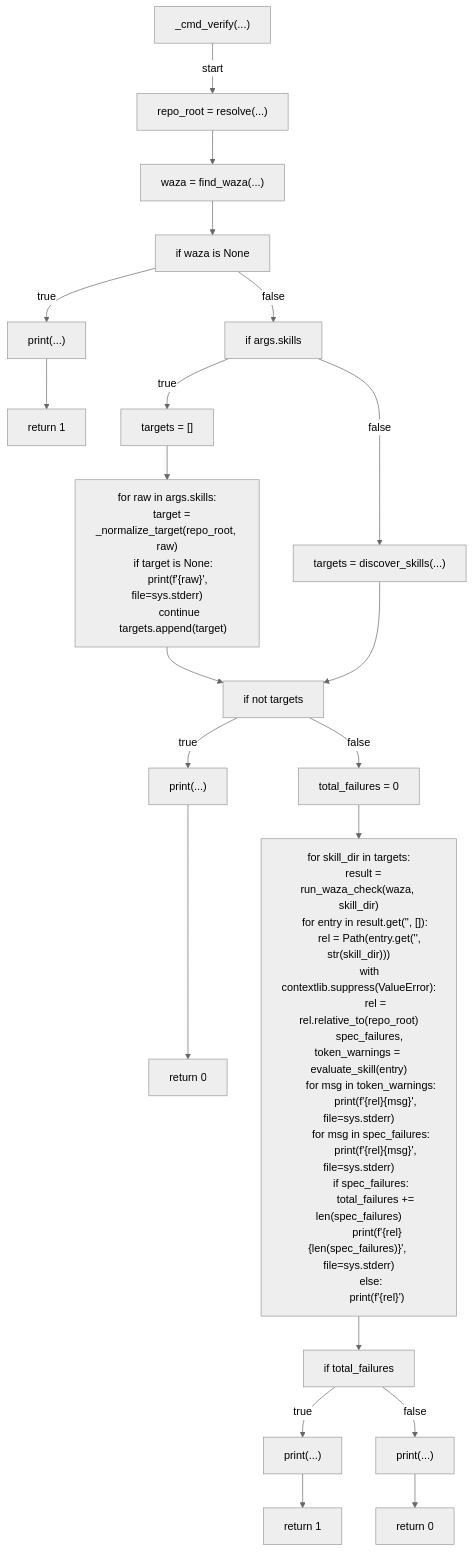
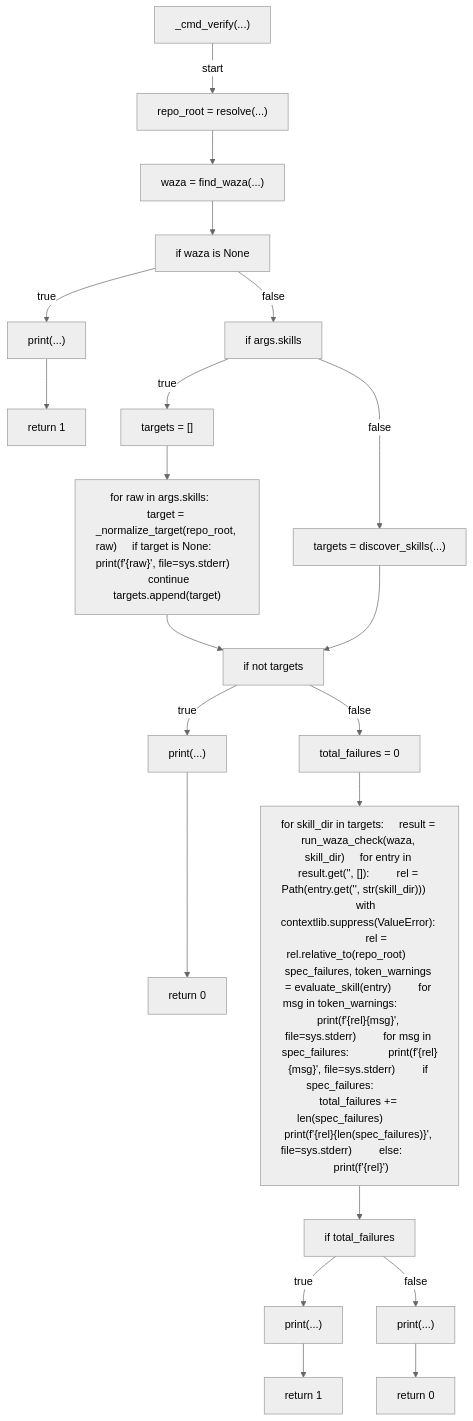
The sixth of 7 diagrams in docs/generated/scripts/ast/skill_quality_gate.md (tvna/claude-md), drawn with Mermaid (neutral theme) before and after one commit. The commit also changed other lines of this file and 23 other files, not shown here.

First line of the commit message:
docs(generated): regenerate decision tree and workflow diagrams (batch 4/5)

````diff
--- a/docs/generated/scripts/ast/skill_quality_gate.md
+++ b/docs/generated/scripts/ast/skill_quality_gate.md
@@ -108,63 +103,43 @@
 ```mermaid
 flowchart TD
     N001["_cmd_verify(...)"]
     N002["repo_root = resolve(...)"]
     N003["waza = find_waza(...)"]
     N004["if waza is None"]
     N005["print(...)"]
     N006["return 1"]
     N007["if args.skills"]
     N008["targets = []"]
-    N009["for raw in args.skills:
-    target = _normalize_target(repo_root, raw)
-    if target is None:
-        print(f'<str>{raw}<str>', file=sys.stderr)
-        continue
-    targets.append(target)"]
+    N009["for raw in args.skills:     target = _normalize_target(repo_root, raw)     if target is None:         print(f'<str>{raw}<str>', file=sys.stderr)         continue     targets.append(target)"]
     N010["targets = discover_skills(...)"]
     N011["if not targets"]
     N012["print(...)"]
     N013["return 0"]
     N014["total_failures = 0"]
-    N015["for skill_dir in targets:
-    result = run_waza_check(waza, skill_dir)
-    for entry in result.get('<str>', []):
-        rel = Path(entry.get('<str>', str(skill_dir)))
-        with contextlib.suppress(ValueError):
-            rel = rel.relative_to(repo_root)
-        spec_failures, token_warnings = evaluate_skill(entry)
-        for msg in token_warnings:
-            print(f'<str>{rel}<str>{msg}<str>', file=sys.stderr)
-        for msg in spec_failures:
-            print(f'<str>{rel}<str>{msg}', file=sys.stderr)
-        if spec_failures:
-            total_failures += len(spec_failures)
-            print(f'<str>{rel}<str>{len(spec_failures)}<str>', file=sys.stderr)
-        else:
-            print(f'<str>{rel}')"]
+    N015["for skill_dir in targets:     result = run_waza_check(waza, skill_dir)     for entry in result.get('<str>', []):         rel = Path(entry.get('<str>', str(skill_dir)))         with contextlib.suppress(ValueError):             rel = rel.relative_to(repo_root)         spec_failures, token_warnings = evaluate_skill(entry)         for msg in token_warnings:             print(f'<str>{rel}<str>{msg}<str>', file=sys.stderr)         for msg in spec_failures:             print(f'<str>{rel}<str>{msg}', file=sys.stderr)         if spec_failures:             total_failures += len(spec_failures)             print(f'<str>{rel}<str>{len(spec_failures)}<str>', file=sys.stderr)         else:             print(f'<str>{rel}')"]
     N016["if total_failures"]
     N017["print(...)"]
     N018["return 1"]
     N019["print(...)"]
     N020["return 0"]
     N001 -->|"start"| N002
     N002 --> N003
     N003 --> N004
     N004 -->|"true"| N005
     N005 --> N006
     N004 -->|"false"| N007
     N007 -->|"true"| N008
     N008 --> N009
     N007 -->|"false"| N010
     N009 --> N011
     N010 --> N011
     N011 -->|"true"| N012
     N012 --> N013
     N011 -->|"false"| N014
     N014 --> N015
     N015 --> N016
     N016 -->|"true"| N017
     N017 --> N018
     N016 -->|"false"| N019
     N019 --> N020
 ```
````
